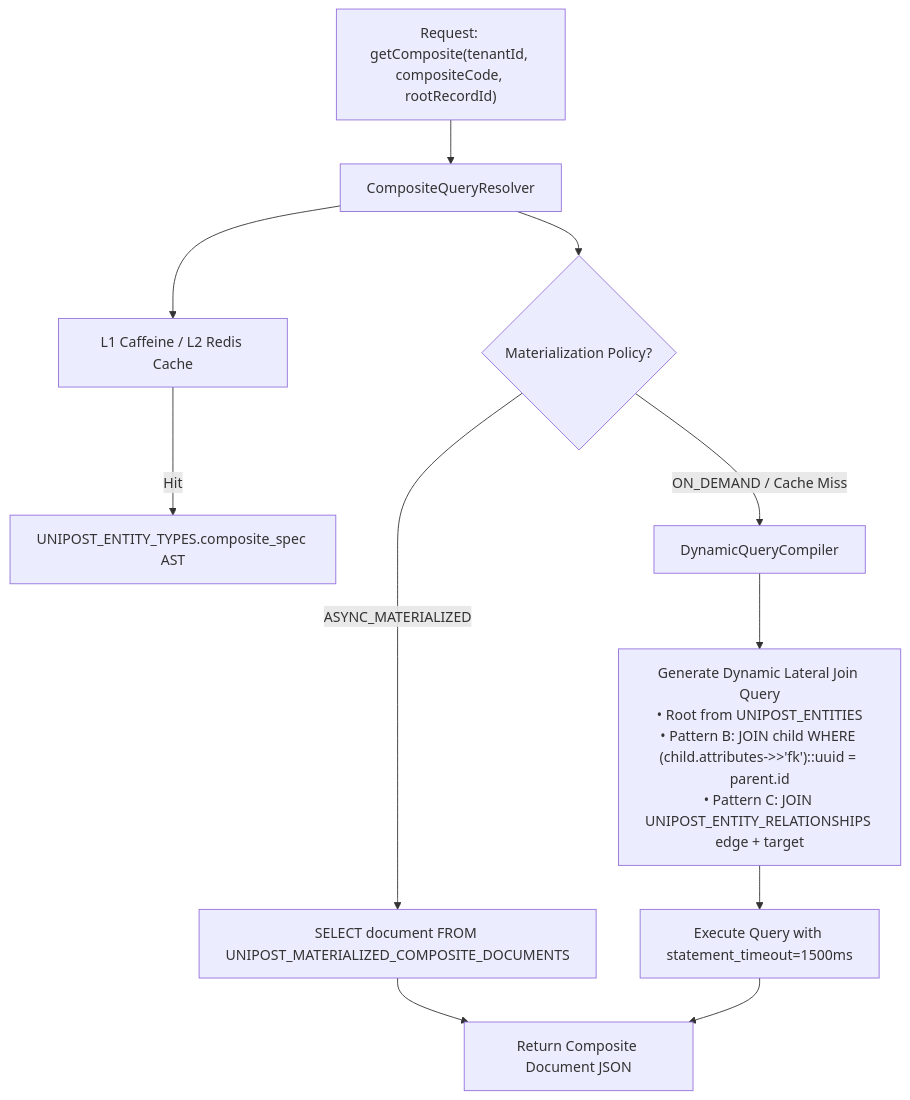
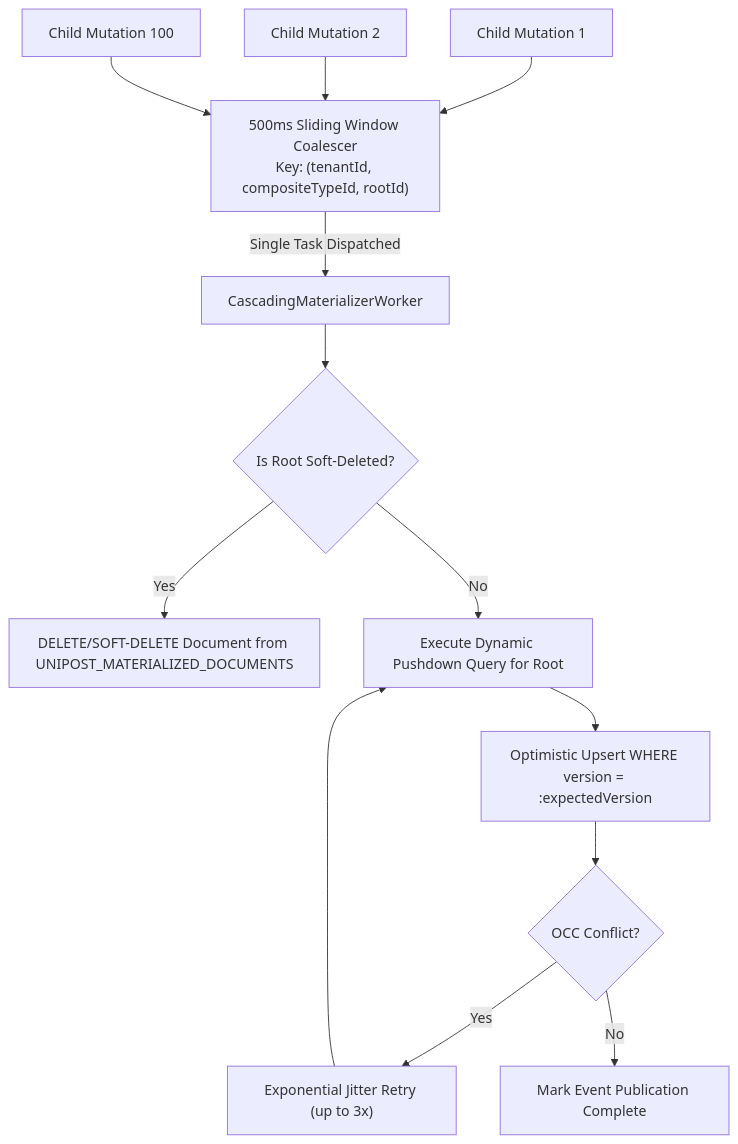
Before and after one commit to tamanle23/acc: the diagram in docs/integration_master_plan_iteration6.md, drawn with Mermaid. The commit also changed other lines of this file and 1 other file, not shown here.

````diff
--- a/docs/integration_master_plan_iteration6.md
+++ b/docs/integration_master_plan_iteration6.md
@@ -160,16 +206,19 @@
 ```mermaid
 flowchart TD
-    Req["Request: getComposite(tenantId, compositeCode, rootRecordId)"] --> Resolver["CompositeQueryResolver"]
-    Resolver --> Cache["L1 Caffeine / L2 Redis Cache"]
-    Cache -->|Hit| Spec["UNIPOST_ENTITY_TYPES.composite_spec AST"]
+    E1["Child Mutation 1"] --> Coalescer["500ms Sliding Window Coalescer<br/>Key: (tenantId, compositeTypeId, rootId)"]
+    E2["Child Mutation 2"] --> Coalescer
+    E3["Child Mutation 100"] --> Coalescer
     
-    Resolver --> CheckPolicy{"Materialization Policy?"}
+    Coalescer -->|Single Task Dispatched| Worker["CascadingMaterializerWorker"]
     
-    CheckPolicy -->|ASYNC_MATERIALIZED| FetchMat["SELECT document FROM UNIPOST_MATERIALIZED_COMPOSITE_DOCUMENTS"]
-    FetchMat --> Resp["Return Composite Document JSON"]
+    Worker --> CheckRoot{"Is Root Soft-Deleted?"}
+    CheckRoot -->|Yes| Purge["DELETE/SOFT-DELETE Document from UNIPOST_MATERIALIZED_DOCUMENTS"]
     
-    CheckPolicy -->|ON_DEMAND / Cache Miss| Compiler["DynamicQueryCompiler"]
-    Compiler --> GenSQL["Generate Dynamic Lateral Join Query<br/>• Root from UNIPOST_ENTITIES<br/>• Pattern B: JOIN child WHERE (child.attributes->>'fk')::uuid = parent.id<br/>• Pattern C: JOIN UNIPOST_ENTITY_RELATIONSHIPS edge + target"]
-    GenSQL --> Exec["Execute Query with statement_timeout=1500ms"]
-    Exec --> Resp
+    CheckRoot -->|No| Recalc["Execute Dynamic Pushdown Query for Root"]
+    Recalc --> Upsert["Optimistic Upsert WHERE version = :expectedVersion"]
+    
+    Upsert --> OCCCheck{"OCC Conflict?"}
+    OCCCheck -->|Yes| Retry["Exponential Jitter Retry (up to 3x)"]
+    Retry --> Recalc
+    OCCCheck -->|No| Done["Mark Event Publication Complete"]
 ```
````
